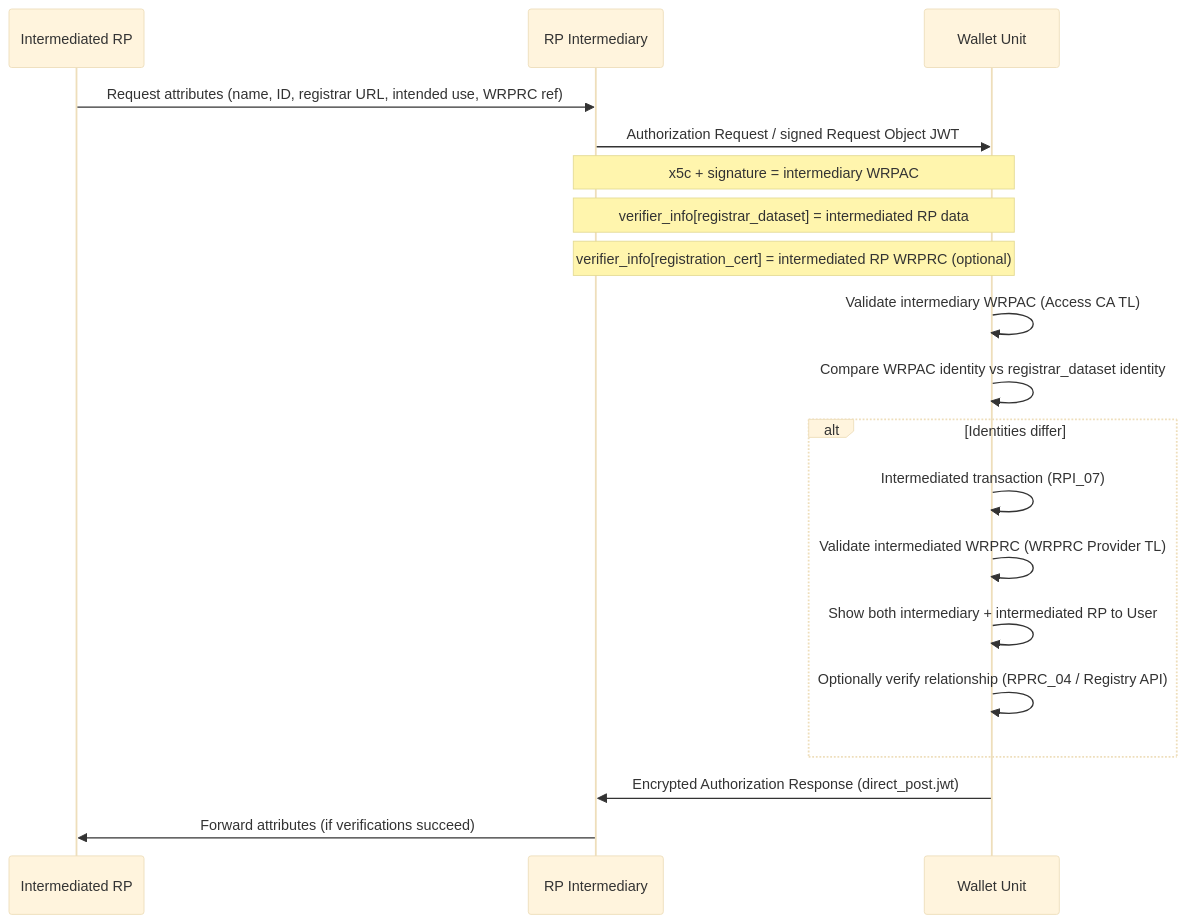
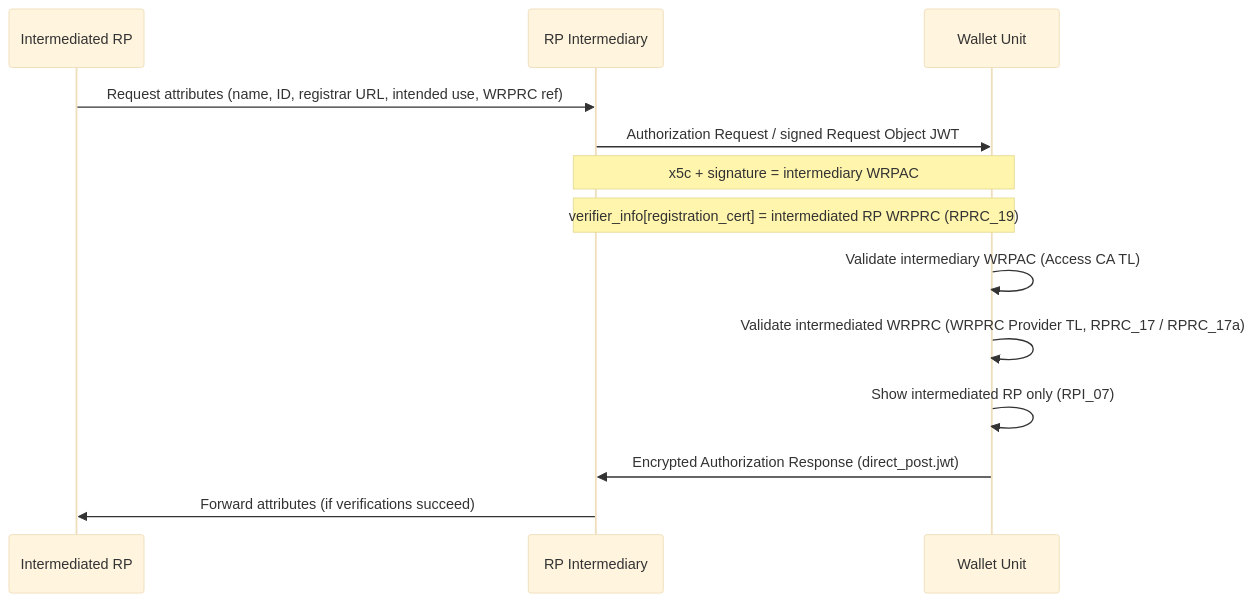
The diagram in task2-trust-framework/rp-intermediary-openid4vp-technical-report.md (webuild-consortium/wp4-trust-group), drawn with Mermaid (base theme) before and after one commit. The commit also changed other lines of this file and 24 other files, not shown here.

````diff
--- a/task2-trust-framework/rp-intermediary-openid4vp-technical-report.md
+++ b/task2-trust-framework/rp-intermediary-openid4vp-technical-report.md
@@ -202,22 +202,16 @@
 ```mermaid
 sequenceDiagram
     participant IRP as Intermediated RP
     participant INT as RP Intermediary
     participant W as Wallet Unit
 
     IRP->>INT: Request attributes (name, ID, registrar URL, intended use, WRPRC ref)
     INT->>W: Authorization Request / signed Request Object JWT
     Note over INT,W: x5c + signature = intermediary WRPAC
-    Note over INT,W: verifier_info[registrar_dataset] = intermediated RP data
-    Note over INT,W: verifier_info[registration_cert] = intermediated RP WRPRC (optional)
+    Note over INT,W: verifier_info[registration_cert] = intermediated RP WRPRC (RPRC_19)
     W->>W: Validate intermediary WRPAC (Access CA TL)
-    W->>W: Compare WRPAC identity vs registrar_dataset identity
-    alt Identities differ
-        W->>W: Intermediated transaction (RPI_07)
-        W->>W: Validate intermediated WRPRC (WRPRC Provider TL)
-        W->>W: Show both intermediary + intermediated RP to User
-        W->>W: Optionally verify relationship (RPRC_04 / Registry API)
-    end
+    W->>W: Validate intermediated WRPRC (WRPRC Provider TL, RPRC_17 / RPRC_17a)
+    W->>W: Show intermediated RP only (RPI_07)
     W->>INT: Encrypted Authorization Response (direct_post.jwt)
     INT->>IRP: Forward attributes (if verifications succeed)
 ```
````
